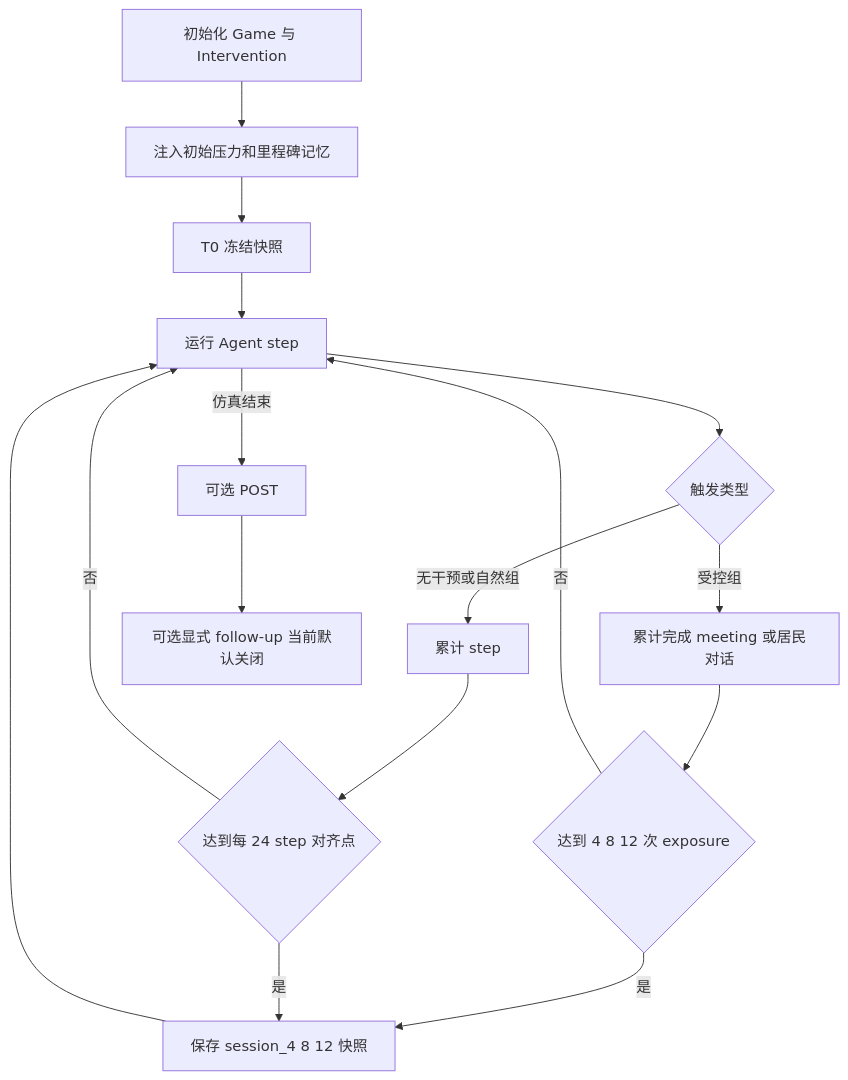
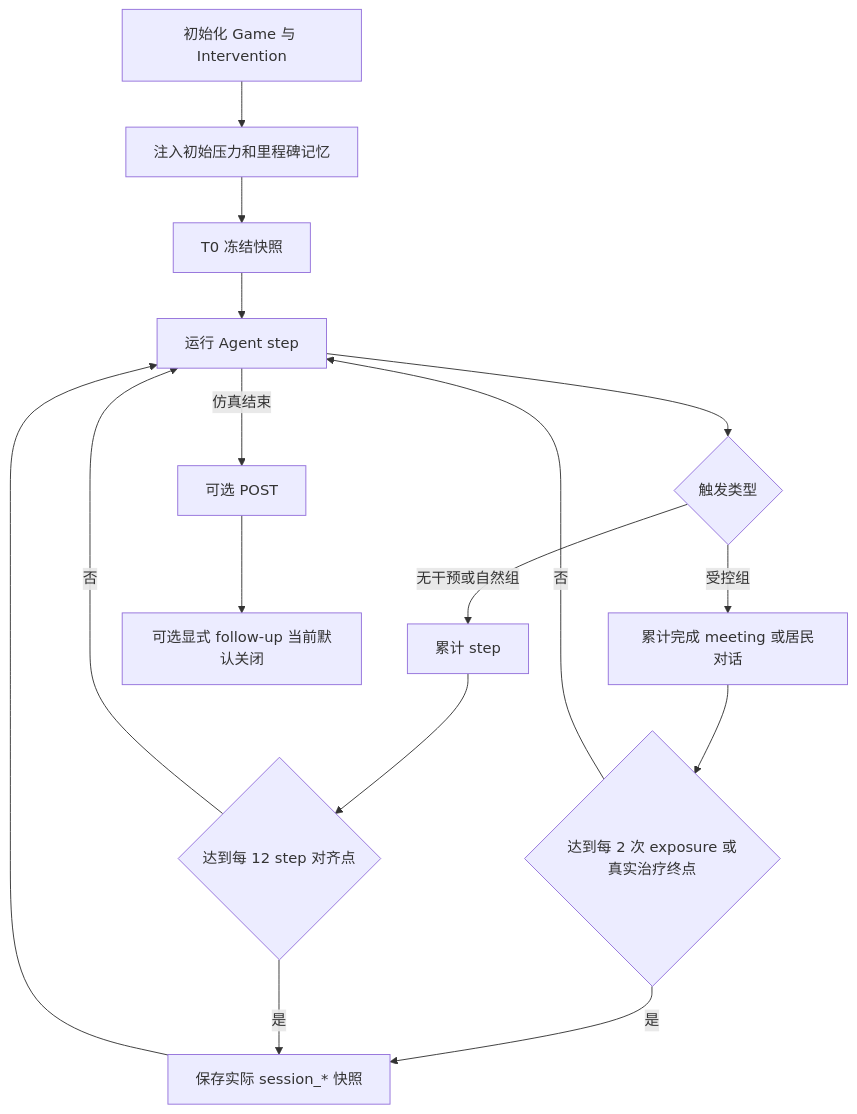
Before and after one commit to MUSE-Lab-SZU/generative_agents: the first of 4 diagrams in docs/town_method/04_evaluation.md, drawn with Mermaid. The commit also changed other lines of this file and 77 other files, not shown here.

````diff
--- a/docs/town_method/04_evaluation.md
+++ b/docs/town_method/04_evaluation.md
@@ -48,18 +52,18 @@
 ```mermaid
 flowchart TD
     A[初始化 Game 与 Intervention] --> B[注入初始压力和里程碑记忆]
     B --> C[T0 冻结快照]
     C --> D[运行 Agent step]
     D --> E{触发类型}
     E -->|受控组| F[累计完成 meeting 或居民对话]
     E -->|无干预或自然组| G[累计 step]
-    F --> H{达到 4 8 12 次 exposure}
-    G --> I{达到每 24 step 对齐点}
-    H -->|是| J[保存 session_4 8 12 快照]
+    F --> H{达到每 2 次 exposure 或真实治疗终点}
+    G --> I{达到每 12 step 对齐点}
+    H -->|是| J[保存实际 session_* 快照]
     I -->|是| J
     H -->|否| D
     I -->|否| D
     J --> D
     D -->|仿真结束| K[可选 POST]
     K --> L[可选显式 follow-up 当前默认关闭]
 ```
````
